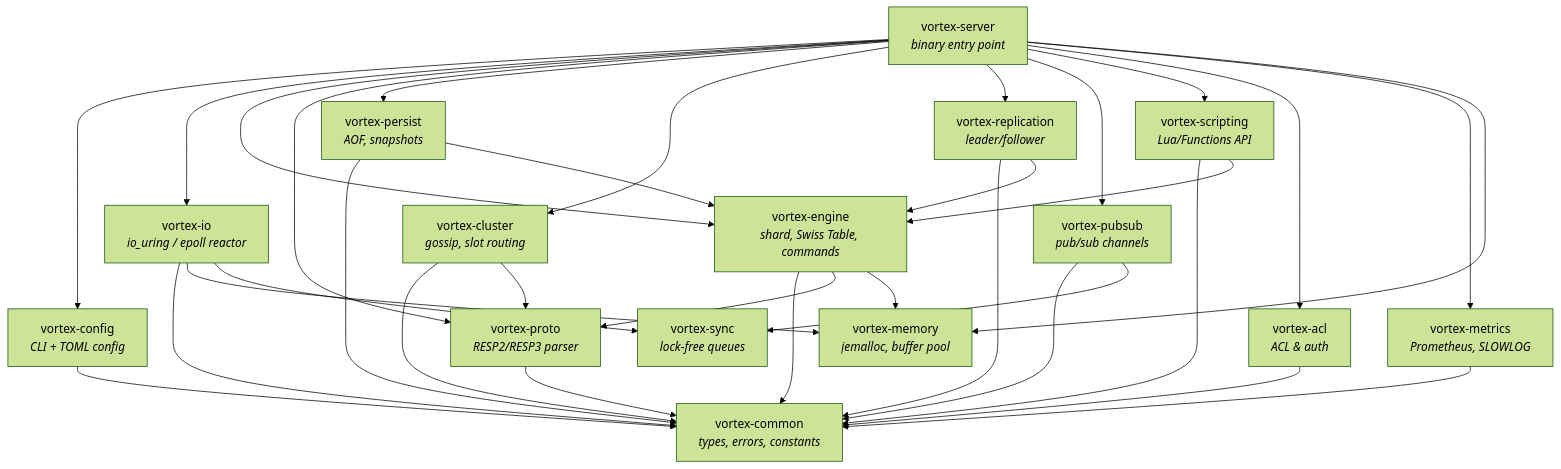
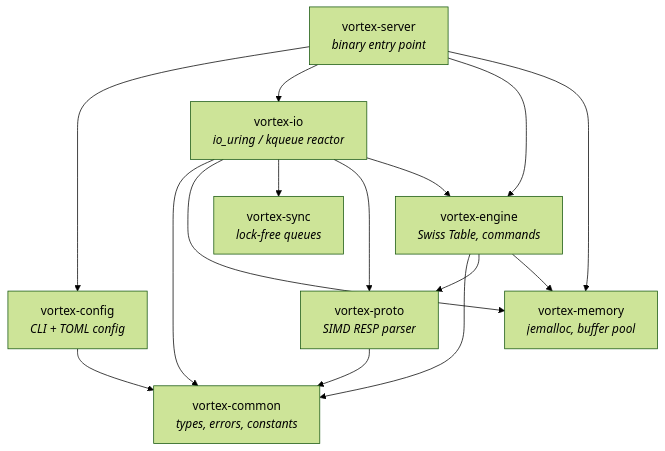
Before and after one commit to kevincaicedo/vortex: the diagram in README.md, drawn with Mermaid (forest theme). The commit also changed other lines of this file and 13 other files, not shown here.

````diff
--- a/README.md
+++ b/README.md
@@ -25,51 +115,26 @@
 ```mermaid
 graph TD
     common[vortex-common<br><i>types, errors, constants</i>]
     memory[vortex-memory<br><i>jemalloc, buffer pool</i>]
     sync[vortex-sync<br><i>lock-free queues</i>]
-    proto[vortex-proto<br><i>RESP2/RESP3 parser</i>]
-    engine[vortex-engine<br><i>shard, Swiss Table, commands</i>]
-    io[vortex-io<br><i>io_uring / epoll reactor</i>]
+    proto[vortex-proto<br><i>SIMD RESP parser</i>]
+    engine[vortex-engine<br><i>Swiss Table, commands</i>]
+    io[vortex-io<br><i>io_uring / kqueue reactor</i>]
     config[vortex-config<br><i>CLI + TOML config</i>]
-    persist[vortex-persist<br><i>AOF, snapshots</i>]
-    cluster[vortex-cluster<br><i>gossip, slot routing</i>]
-    repl[vortex-replication<br><i>leader/follower</i>]
-    pubsub[vortex-pubsub<br><i>pub/sub channels</i>]
-    scripting[vortex-scripting<br><i>Lua/Functions API</i>]
-    acl[vortex-acl<br><i>ACL & auth</i>]
-    metrics[vortex-metrics<br><i>Prometheus, SLOWLOG</i>]
     server[vortex-server<br><i>binary entry point</i>]
 
     proto --> common
     engine --> common
     engine --> proto
     engine --> memory
     io --> common
     io --> memory
     io --> sync
+    io --> proto
+    io --> engine
     config --> common
-    persist --> common
-    persist --> engine
-    cluster --> common
-    cluster --> proto
-    repl --> common
-    repl --> engine
-    pubsub --> common
-    pubsub --> sync
-    scripting --> common
-    scripting --> engine
-    acl --> common
-    metrics --> common
     server --> config
     server --> io
     server --> engine
-    server --> proto
-    server --> persist
-    server --> cluster
-    server --> repl
-    server --> pubsub
-    server --> scripting
-    server --> acl
-    server --> metrics
     server --> memory
 ```
````
